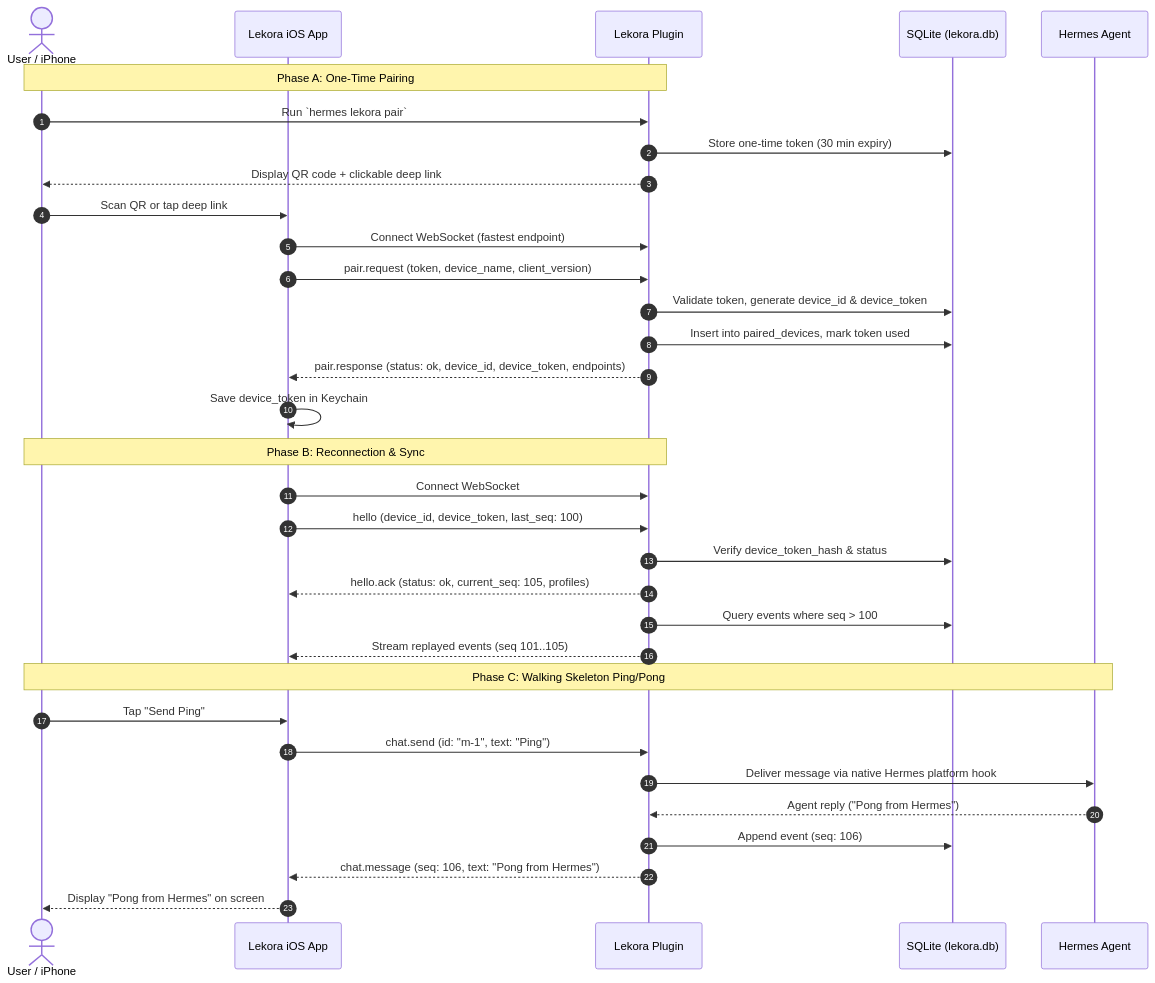
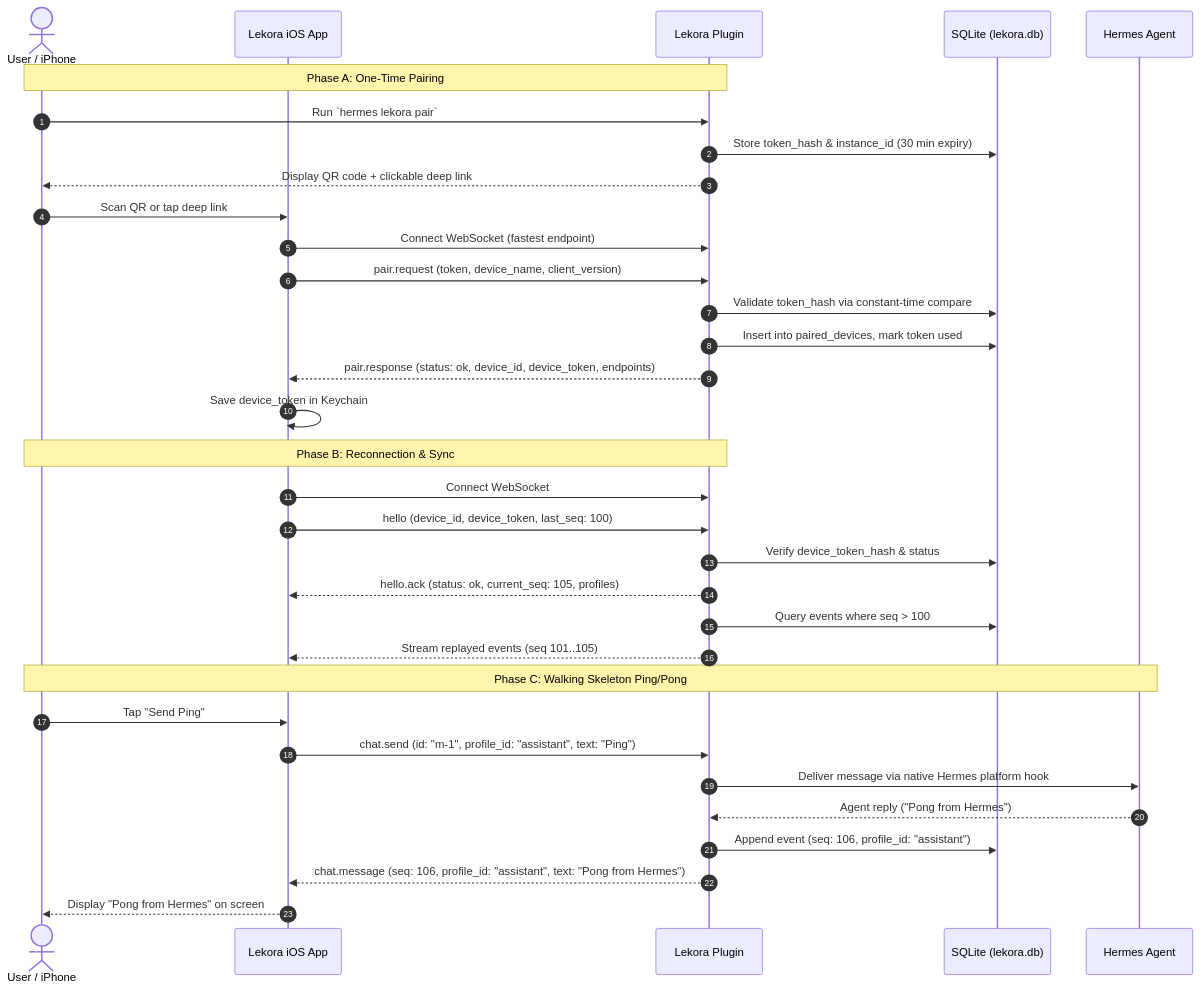
Before and after one commit to howephillip/lekora: the diagram in docs/designs/walking_skeleton.md, drawn with Mermaid. The commit also changed other lines of this file and 2 other files, not shown here.

````diff
--- a/docs/designs/walking_skeleton.md
+++ b/docs/designs/walking_skeleton.md
@@ -168,38 +178,38 @@
 ```mermaid
 sequenceDiagram
     autonumber
     actor User as User / iPhone
     participant App as Lekora iOS App
     participant Plugin as Lekora Plugin
     participant DB as SQLite (lekora.db)
     participant Agent as Hermes Agent
 
     Note over User,Plugin: Phase A: One-Time Pairing
     User->>Plugin: Run `hermes lekora pair`
-    Plugin->>DB: Store one-time token (30 min expiry)
+    Plugin->>DB: Store token_hash & instance_id (30 min expiry)
     Plugin-->>User: Display QR code + clickable deep link
     User->>App: Scan QR or tap deep link
     App->>Plugin: Connect WebSocket (fastest endpoint)
     App->>Plugin: pair.request (token, device_name, client_version)
-    Plugin->>DB: Validate token, generate device_id & device_token
+    Plugin->>DB: Validate token_hash via constant-time compare
     Plugin->>DB: Insert into paired_devices, mark token used
     Plugin-->>App: pair.response (status: ok, device_id, device_token, endpoints)
     App->>App: Save device_token in Keychain
 
     Note over User,Plugin: Phase B: Reconnection & Sync
     App->>Plugin: Connect WebSocket
     App->>Plugin: hello (device_id, device_token, last_seq: 100)
     Plugin->>DB: Verify device_token_hash & status
     Plugin-->>App: hello.ack (status: ok, current_seq: 105, profiles)
     Plugin->>DB: Query events where seq > 100
     Plugin-->>App: Stream replayed events (seq 101..105)
 
     Note over User,Agent: Phase C: Walking Skeleton Ping/Pong
     User->>App: Tap "Send Ping"
-    App->>Plugin: chat.send (id: "m-1", text: "Ping")
+    App->>Plugin: chat.send (id: "m-1", profile_id: "assistant", text: "Ping")
     Plugin->>Agent: Deliver message via native Hermes platform hook
     Agent-->>Plugin: Agent reply ("Pong from Hermes")
-    Plugin->>DB: Append event (seq: 106)
-    Plugin-->>App: chat.message (seq: 106, text: "Pong from Hermes")
+    Plugin->>DB: Append event (seq: 106, profile_id: "assistant")
+    Plugin-->>App: chat.message (seq: 106, profile_id: "assistant", text: "Pong from Hermes")
     App-->>User: Display "Pong from Hermes" on screen
 ```
````
